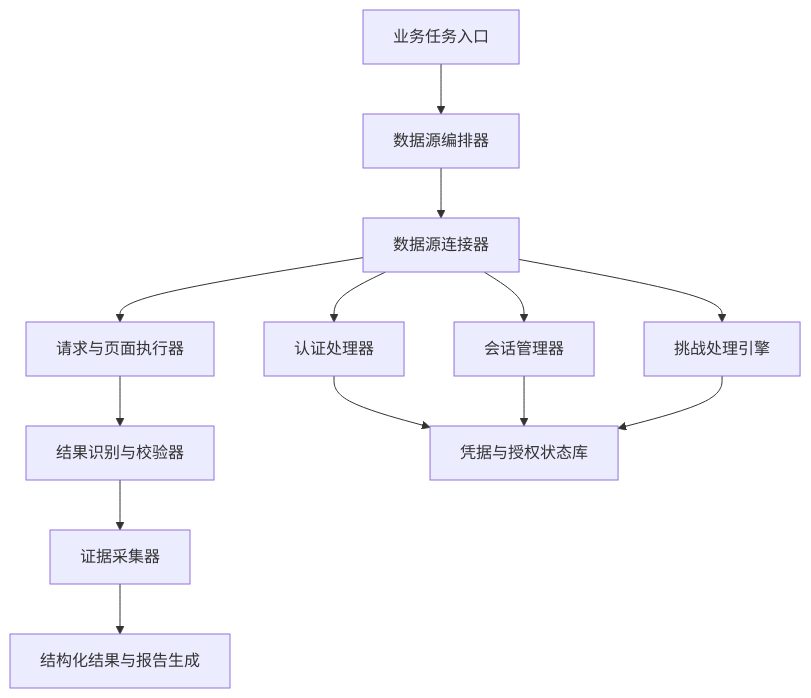
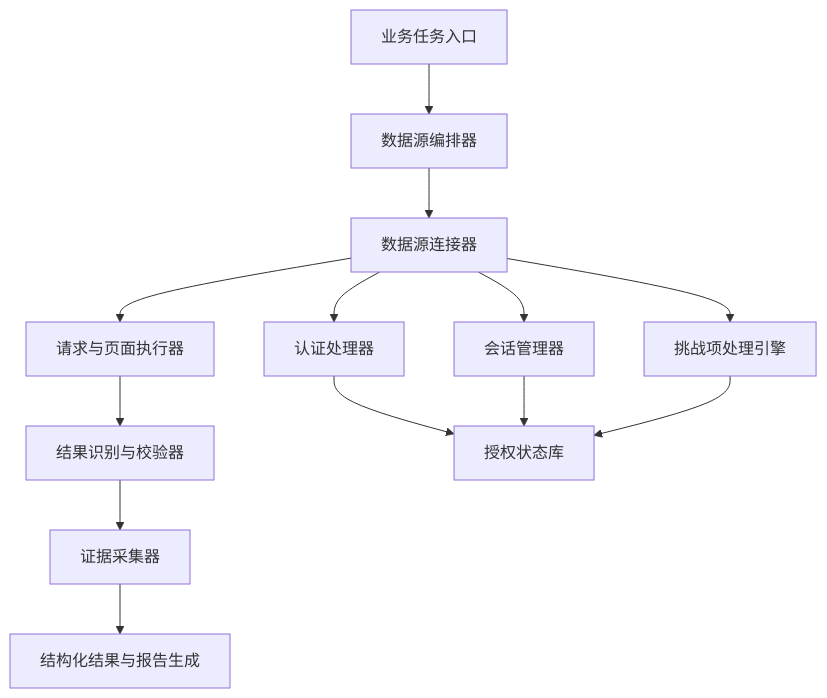
Before and after one commit to Dear-Ded/CCB-post-loan-check: the diagram in 通用数据源接入框架产品架构方案.md, drawn with Mermaid. The commit also changed other lines of this file and 141 other files, not shown here.

````diff
--- a/通用数据源接入框架产品架构方案.md
+++ b/通用数据源接入框架产品架构方案.md
@@ -43,15 +43,15 @@
 ```mermaid
 flowchart TD
   A["业务任务入口"] --> B["数据源编排器"]
   B --> C["数据源连接器"]
   C --> D["认证处理器"]
   C --> E["会话管理器"]
-  C --> F["挑战处理引擎"]
+  C --> F["挑战项处理引擎"]
   C --> G["请求与页面执行器"]
   G --> H["结果识别与校验器"]
   H --> I["证据采集器"]
   I --> J["结构化结果与报告生成"]
-  D --> K["凭据与授权状态库"]
+  D --> K["授权状态库"]
   E --> K
   F --> K
 ```
````
